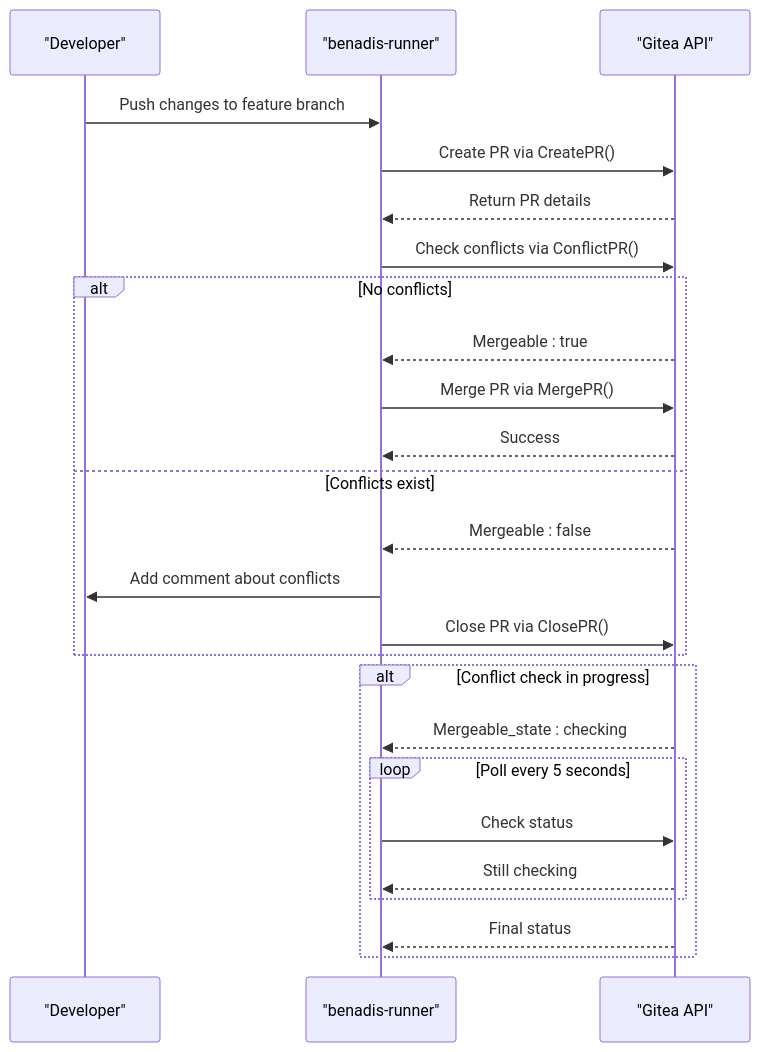
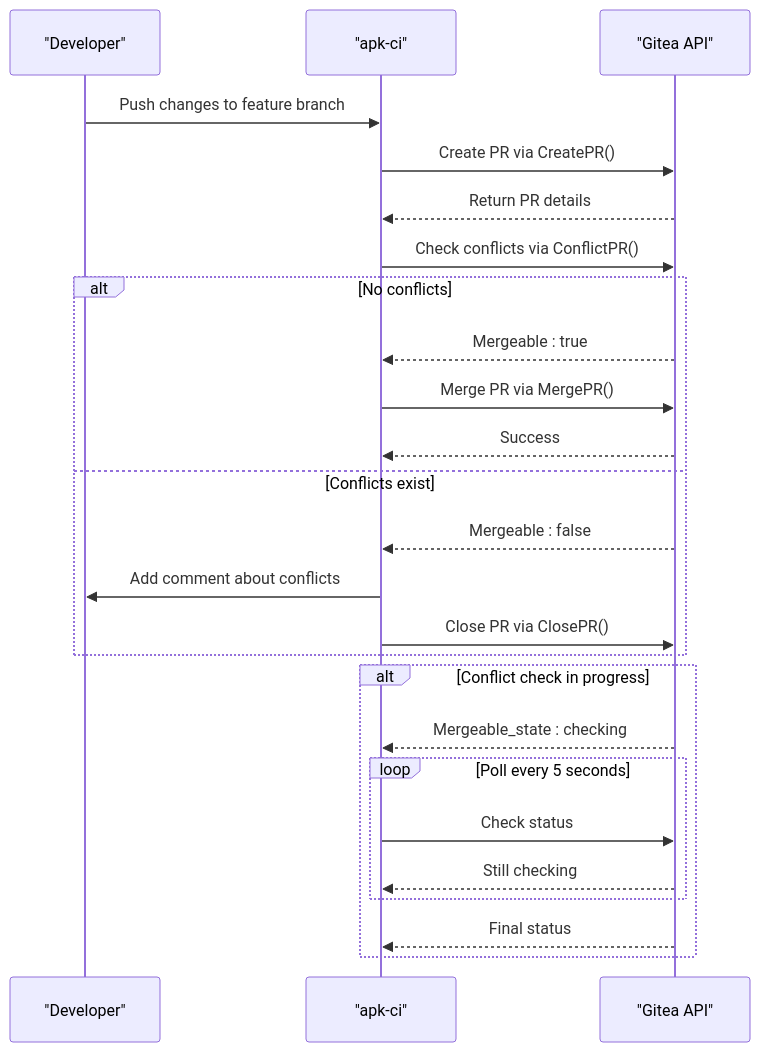
The second of 13 diagrams in .qoder/repowiki/en/content/Advanced Integrations/Gitea Integration.md (Kargones/apk-ci), drawn with Mermaid before and after one commit. The commit also changed other lines of this file and 189 other files, not shown here.

Commit message:
Замена benadis-runner на apk-ci.

````diff
--- a/.qoder/repowiki/en/content/Advanced Integrations/Gitea Integration.md
+++ b/.qoder/repowiki/en/content/Advanced Integrations/Gitea Integration.md
@@ -146,27 +146,27 @@
 ```mermaid
 sequenceDiagram
 participant User as "Developer"
-participant Runner as "benadis-runner"
+participant Runner as "apk-ci"
 participant Gitea as "Gitea API"
 User->>Runner : Push changes to feature branch
 Runner->>Gitea : Create PR via CreatePR()
 Gitea-->>Runner : Return PR details
 Runner->>Gitea : Check conflicts via ConflictPR()
 alt No conflicts
 Gitea-->>Runner : Mergeable : true
 Runner->>Gitea : Merge PR via MergePR()
 Gitea-->>Runner : Success
 else Conflicts exist
 Gitea-->>Runner : Mergeable : false
 Runner->>User : Add comment about conflicts
 Runner->>Gitea : Close PR via ClosePR()
 end
 alt Conflict check in progress
 Gitea-->>Runner : Mergeable_state : checking
 loop Poll every 5 seconds
 Runner->>Gitea : Check status
 Gitea-->>Runner : Still checking
 end
 Gitea-->>Runner : Final status
 end
 ```
````
